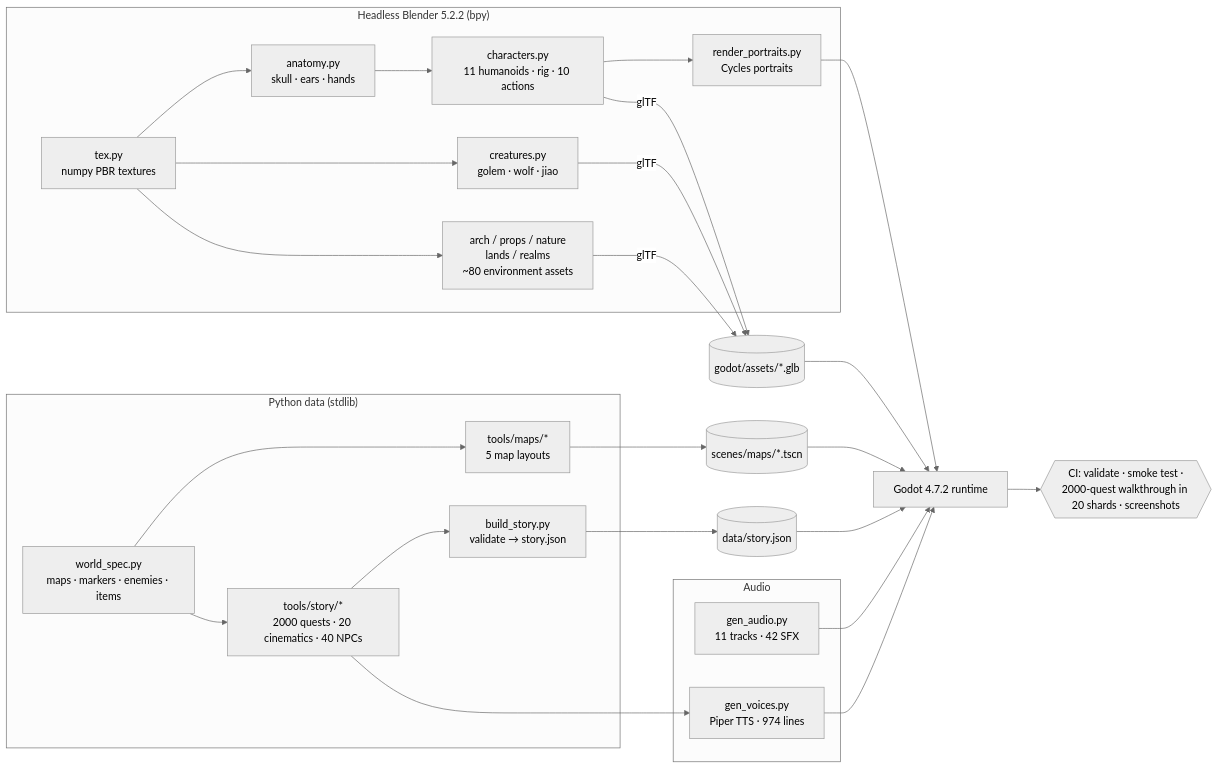
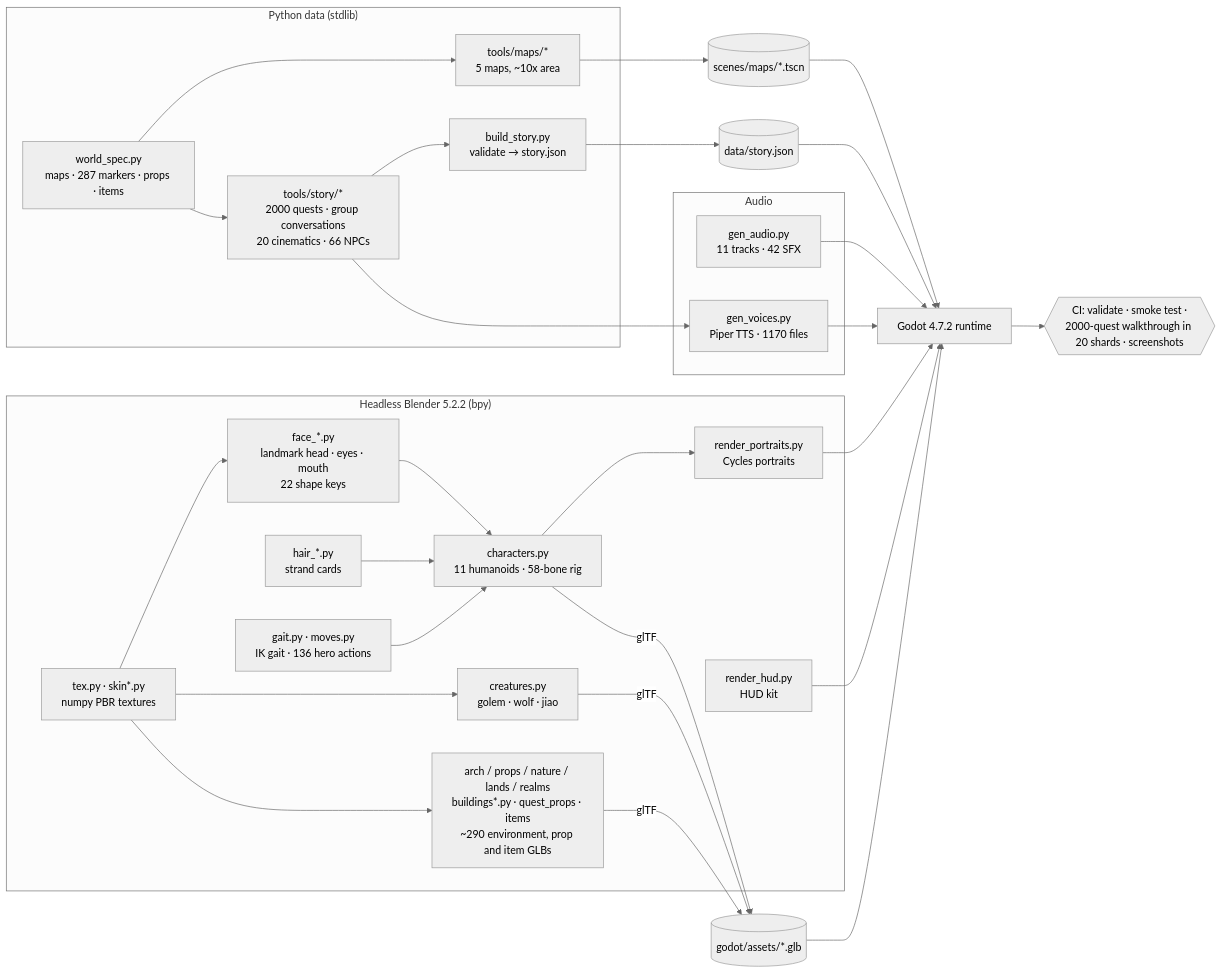
The third of 4 diagrams in README.md (jgyy/vnxianxia), drawn with Mermaid (neutral theme) before and after one commit. The commit also changed other lines of this file and 1247 other files, not shown here.

First line of the commit message:
10x world, group conversations, realistic faces/hair/gait, Blender HUD, 258 bug fixes, AGENTS.md everywhere (#5)

````diff
--- a/README.md
+++ b/README.md
@@ -109,25 +221,28 @@
 ```mermaid
 flowchart LR
     subgraph Blender["Headless Blender 5.2.2 (bpy)"]
-        T[tex.py<br/>numpy PBR textures] --> AN[anatomy.py<br/>skull · ears · hands]
-        AN --> CH[characters.py<br/>11 humanoids · rig · 10 actions]
+        T[tex.py · skin*.py<br/>numpy PBR textures] --> FA[face_*.py<br/>landmark head · eyes · mouth<br/>22 shape keys]
+        HA[hair_*.py<br/>strand cards] --> CH
+        FA --> CH[characters.py<br/>11 humanoids · 58-bone rig]
+        GT[gait.py · moves.py<br/>IK gait · 136 hero actions] --> CH
         T --> CR[creatures.py<br/>golem · wolf · jiao]
-        T --> EN[arch / props / nature<br/>lands / realms<br/>~80 environment assets]
+        T --> EN[arch / props / nature / lands / realms<br/>buildings*.py · quest_props · items<br/>~290 environment, prop and item GLBs]
         CH --> PR[render_portraits.py<br/>Cycles portraits]
+        HUD[render_hud.py<br/>HUD kit]
     end
     subgraph Data["Python data (stdlib)"]
-        WS[world_spec.py<br/>maps · markers · enemies · items] --> MAPS[tools/maps/*<br/>5 map layouts]
-        WS --> ST[tools/story/*<br/>2000 quests · 20 cinematics · 40 NPCs]
+        WS[world_spec.py<br/>maps · 287 markers · props · items] --> MAPS[tools/maps/*<br/>5 maps, ~10x area]
+        WS --> ST[tools/story/*<br/>2000 quests · group conversations<br/>20 cinematics · 66 NPCs]
         ST --> BS[build_story.py<br/>validate → story.json]
     end
     subgraph Audio["Audio"]
         GA[gen_audio.py<br/>11 tracks · 42 SFX] 
-        GV[gen_voices.py<br/>Piper TTS · 974 lines]
+        GV[gen_voices.py<br/>Piper TTS · 1170 files]
     end
     CH & CR & EN -->|glTF| G[(godot/assets/*.glb)]
     MAPS --> SC[(scenes/maps/*.tscn)]
     BS --> SJ[(data/story.json)]
     ST --> GV
-    G & SC & SJ & PR & GA & GV --> RT[Godot 4.7.2 runtime]
+    G & SC & SJ & PR & HUD & GA & GV --> RT[Godot 4.7.2 runtime]
     RT --> CI{{CI: validate · smoke test ·<br/>2000-quest walkthrough in 20 shards · screenshots}}
 ```
````
